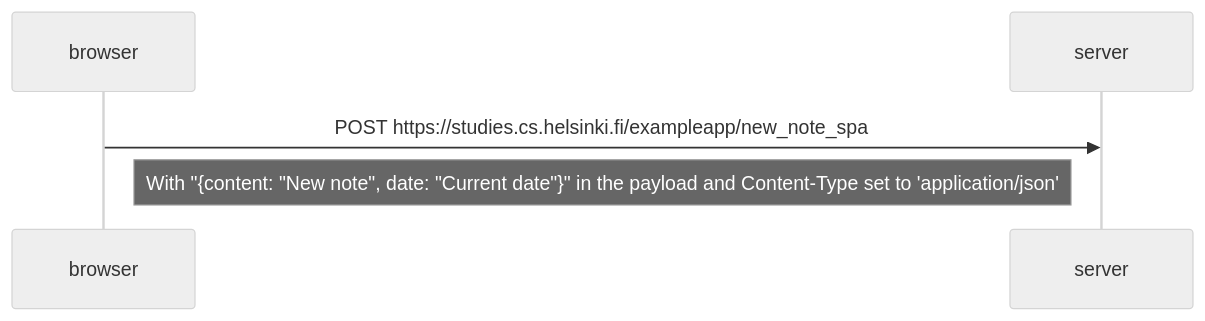
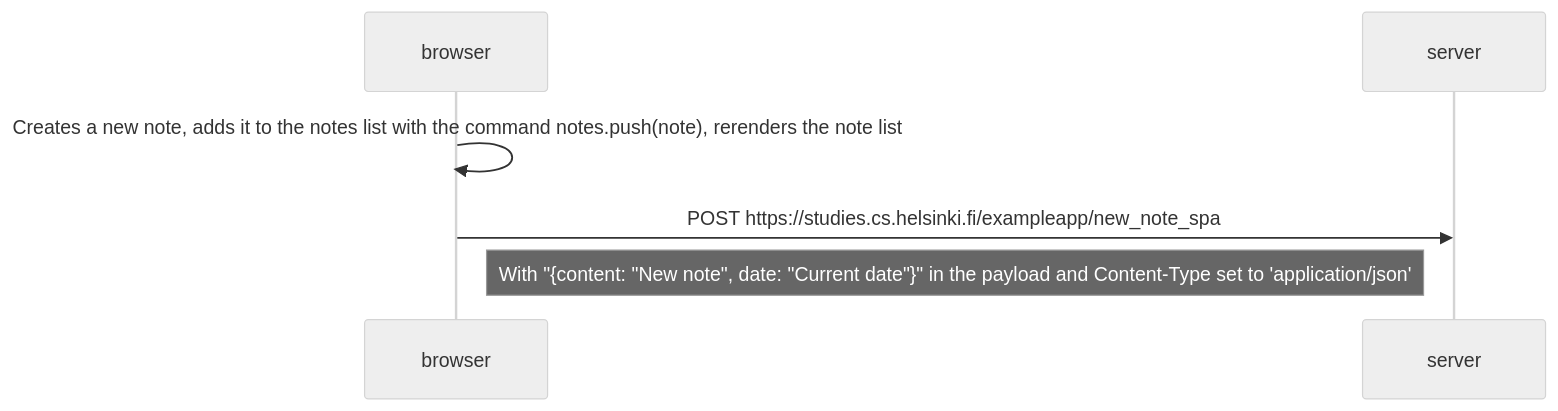
One commit to MatthieuGagne/fullstackopen changed the diagram in part0/0.6 Diagram.MD. Above: the diagram before and after it, drawn with Mermaid (neutral theme).

Commit message:
Update 0.6 Diagram.MD

````diff
--- a/part0/0.6 Diagram.MD
+++ b/part0/0.6 Diagram.MD
@@ -1,8 +1,10 @@
 ```mermaid
 sequenceDiagram
     participant browser
     participant server
 
+    browser->>browser : Creates a new note, adds it to the notes list with the command notes.push(note), rerenders the note list
+
     browser->>server: POST https://studies.cs.helsinki.fi/exampleapp/new_note_spa
     Note right of browser: With "{content: "New note", date: "Current date"}" in the payload and Content-Type set to 'application/json'
 ```
````
